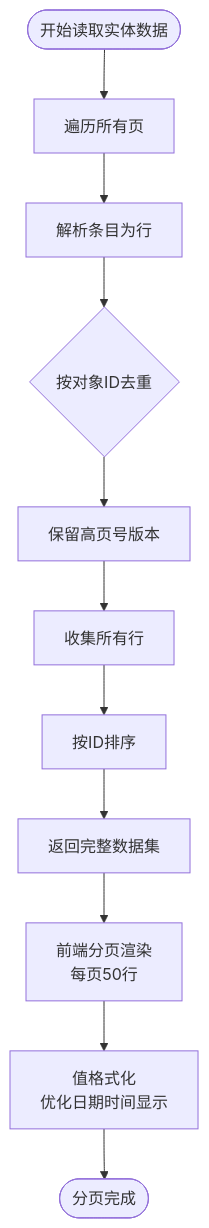
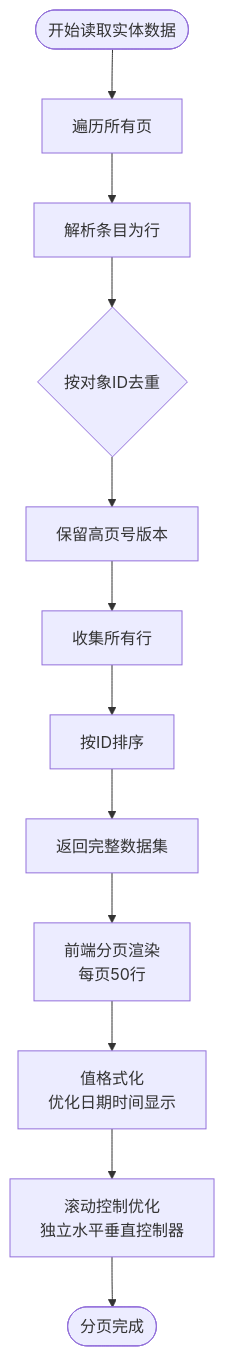
One commit to kongpf8848/objectbox_viewer changed the sixth of 8 diagrams in .qoder/repowiki/zh/content/UI 组件/数据表格面板.md. Above: the diagram before and after it, drawn with Mermaid. The commit also changed other lines of this file and 22 other files, not shown here.

````diff
--- a/.qoder/repowiki/zh/content/UI 组件/数据表格面板.md
+++ b/.qoder/repowiki/zh/content/UI 组件/数据表格面板.md
@@ -299,13 +323,14 @@
 ```mermaid
 flowchart TD
 PStart(["开始读取实体数据"]) --> Scan["遍历所有页"]
 Scan --> Parse["解析条目为行"]
 Parse --> Dedup{"按对象ID去重"}
 Dedup --> Keep["保留高页号版本"]
 Keep --> Collect["收集所有行"]
 Collect --> Sort["按ID排序"]
 Sort --> FullData["返回完整数据集"]
 FullData --> PagedRender["前端分页渲染<br/>每页50行"]
 PagedRender --> ValueFormatting["值格式化<br/>优化日期时间显示"]
-ValueFormatting --> PEnd(["分页完成"])
+ValueFormatting --> ScrollOptimization["滚动控制优化<br/>独立水平垂直控制器"]
+ScrollOptimization --> PEnd(["分页完成"])
 ```
````
